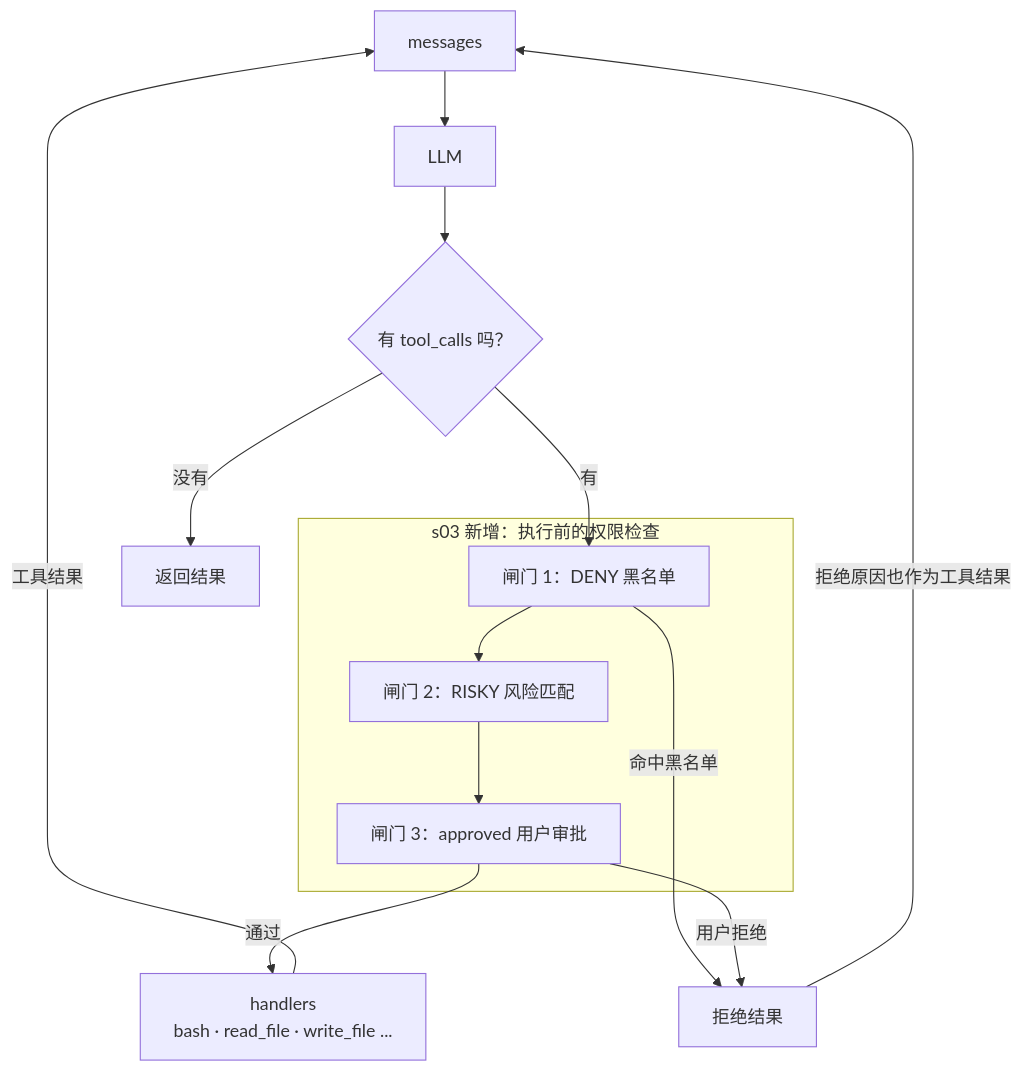
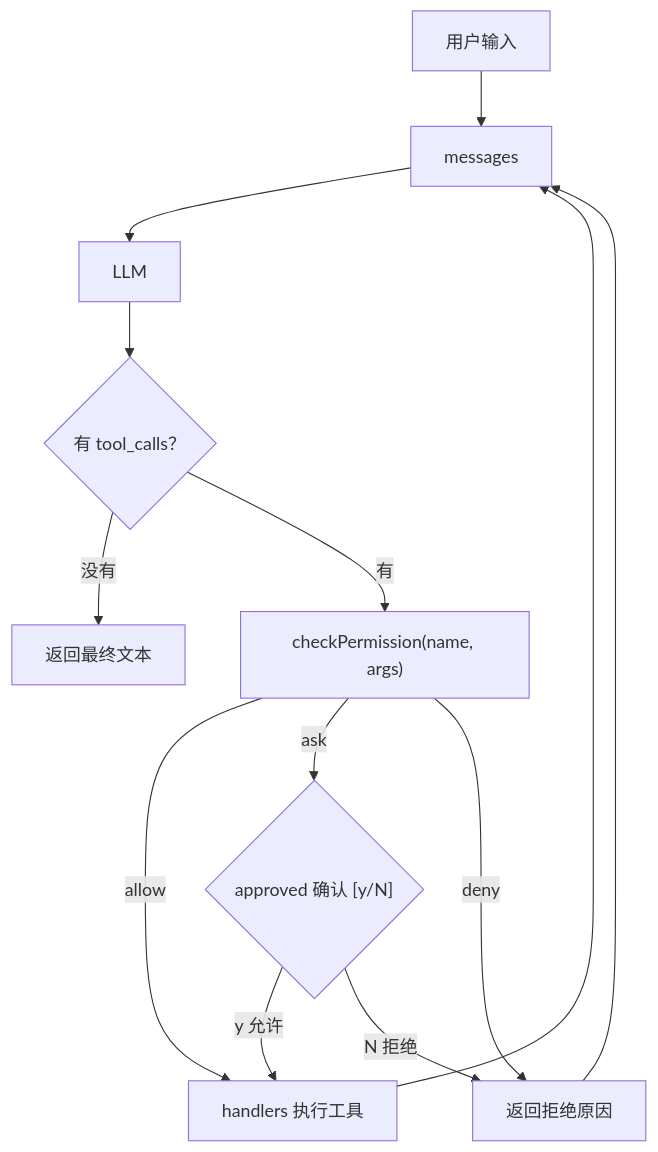
Before and after one commit to shengxinjing/build-your-agent: the first of 2 diagrams in code-agent-course/s03-permission.md, drawn with Mermaid. The commit also changed other lines of this file and 11 other files, not shown here.

````diff
--- a/code-agent-course/s03-permission.md
+++ b/code-agent-course/s03-permission.md
@@ -27,15 +23,15 @@
 ```mermaid
 flowchart TD
-  M["messages"] --> L["LLM"]
-  L --> Q{"有 tool_calls 吗？"}
-  Q -->|没有| R["返回结果"]
-  Q -->|有| P
-  subgraph NEW["s03 新增：执行前的权限检查"]
-    P["闸门 1：DENY 黑名单"] --> P2["闸门 2：RISKY 风险匹配"] --> P3["闸门 3：approved 用户审批"]
-  end
-  P3 -->|通过| H["handlers<br/>bash · read_file · write_file ..."]
-  P -->|命中黑名单| D["拒绝结果"]
-  P3 -->|用户拒绝| D
-  H -->|工具结果| M
-  D -->|拒绝原因也作为工具结果| M
+  U["用户输入"] --> M["messages"]
+  M --> L["LLM"]
+  L --> Q{"有 tool_calls？"}
+  Q -->|没有| R["返回最终文本"]
+  Q -->|有| CP["checkPermission(name, args)"]
+  CP -->|allow| H["handlers 执行工具"]
+  CP -->|ask| AP{"approved 确认 [y/N]"}
+  AP -->|y 允许| H
+  CP -->|deny| D["返回拒绝原因"]
+  AP -->|N 拒绝| D
+  H --> M
+  D --> M
 ```
````
